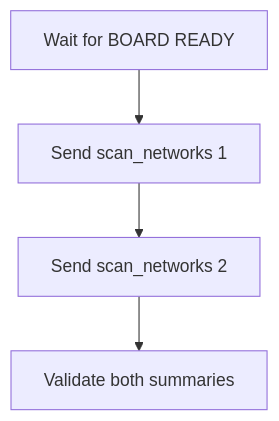
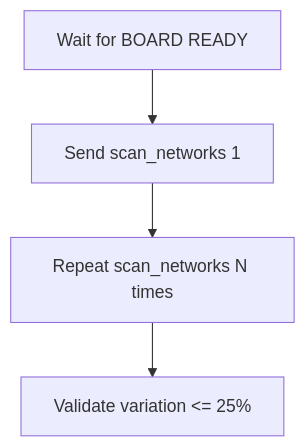
The seventh of 15 diagrams in ESP32C5/tests/README.md (C5Lab/projectZero), drawn with Mermaid before and after one commit. The commit also changed other lines of this file and 2 other files, not shown here.

Commit message:
scan rework

````diff
--- a/ESP32C5/tests/README.md
+++ b/ESP32C5/tests/README.md
@@ -127,6 +151,6 @@
 ```mermaid
 flowchart TD
     A[Wait for BOARD READY] --> B["Send scan_networks 1"]
-    B --> C["Send scan_networks 2"]
-    C --> D[Validate both summaries]
+    B --> C["Repeat scan_networks N times"]
+    C --> D[Validate variation <= 25%]
 ```
````
